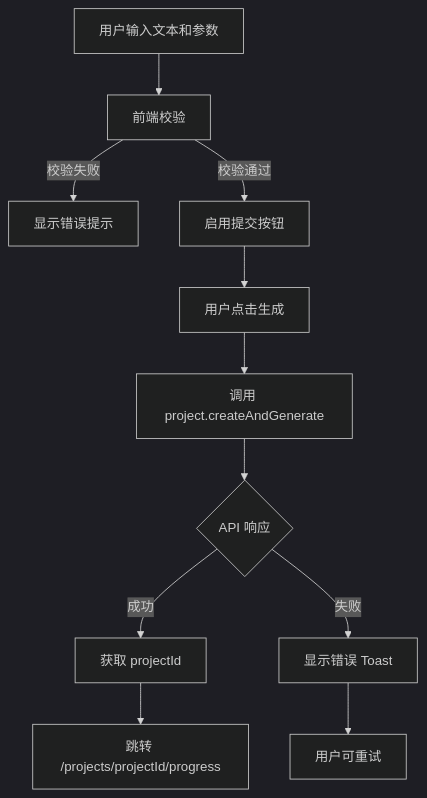
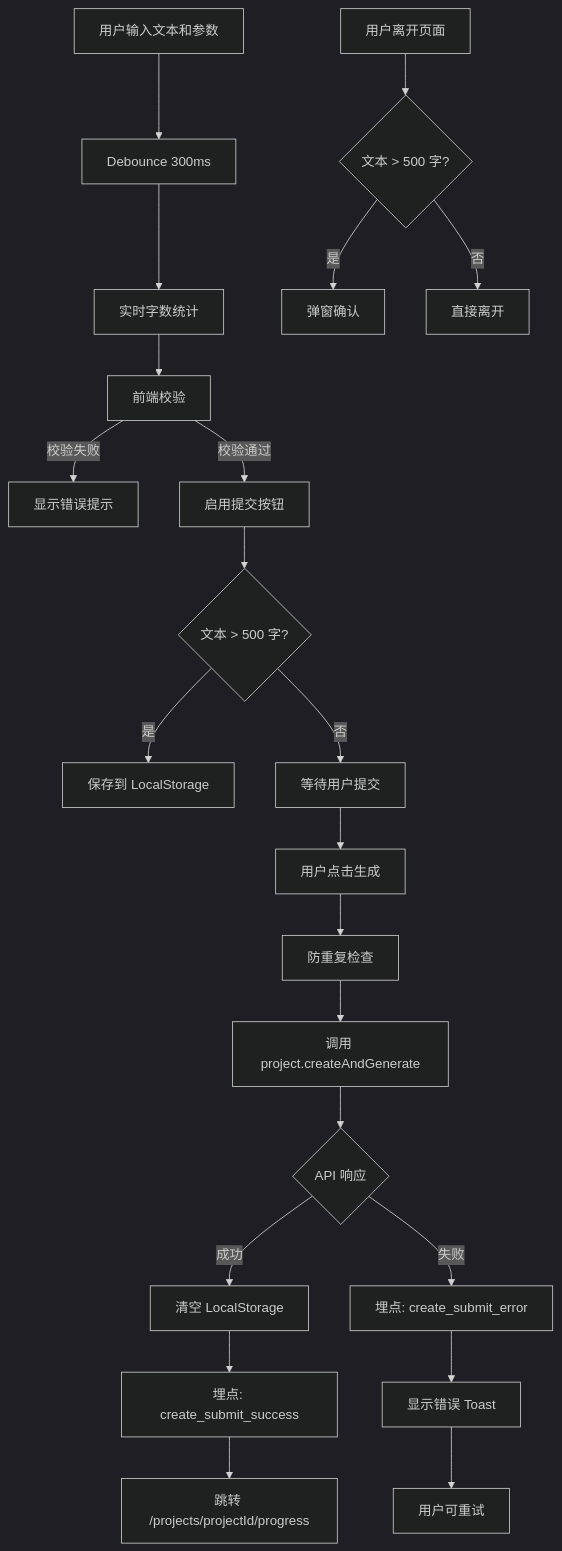
Before and after one commit to H-1234-S/Note: the first of 2 diagrams in 项目/Volcano/PRD/changes/ep2-04-create-project-page.md, drawn with Mermaid (dark theme). The commit also changed other lines of this file, not shown here.

````diff
--- a/项目/Volcano/PRD/changes/ep2-04-create-project-page.md
+++ b/项目/Volcano/PRD/changes/ep2-04-create-project-page.md
@@ -121,13 +156,25 @@
 ```mermaid
 flowchart TD
-    A[用户输入文本和参数] --> B[前端校验]
-    B -->|校验失败| C[显示错误提示]
-    B -->|校验通过| D[启用提交按钮]
-    D --> E[用户点击生成]
-    E --> F[调用 project.createAndGenerate]
-    F --> G{API 响应}
-    G -->|成功| H[获取 projectId]
-    H --> I[跳转 /projects/projectId/progress]
-    G -->|失败| J[显示错误 Toast]
-    J --> K[用户可重试]
+    A[用户输入文本和参数] --> B[Debounce 300ms]
+    B --> C[实时字数统计]
+    C --> D[前端校验]
+    D -->|校验失败| E[显示错误提示]
+    D -->|校验通过| F[启用提交按钮]
+    F --> G{文本 > 500 字?}
+    G -->|是| H[保存到 LocalStorage]
+    G -->|否| I[等待用户提交]
+    I --> J[用户点击生成]
+    J --> K[防重复检查]
+    K --> L[调用 project.createAndGenerate]
+    L --> M{API 响应}
+    M -->|成功| N[清空 LocalStorage]
+    N --> O[埋点: create_submit_success]
+    O --> P[跳转 /projects/projectId/progress]
+    M -->|失败| Q[埋点: create_submit_error]
+    Q --> R[显示错误 Toast]
+    R --> S[用户可重试]
+    
+    T[用户离开页面] --> U{文本 > 500 字?}
+    U -->|是| V[弹窗确认]
+    U -->|否| W[直接离开]
 ```
````
